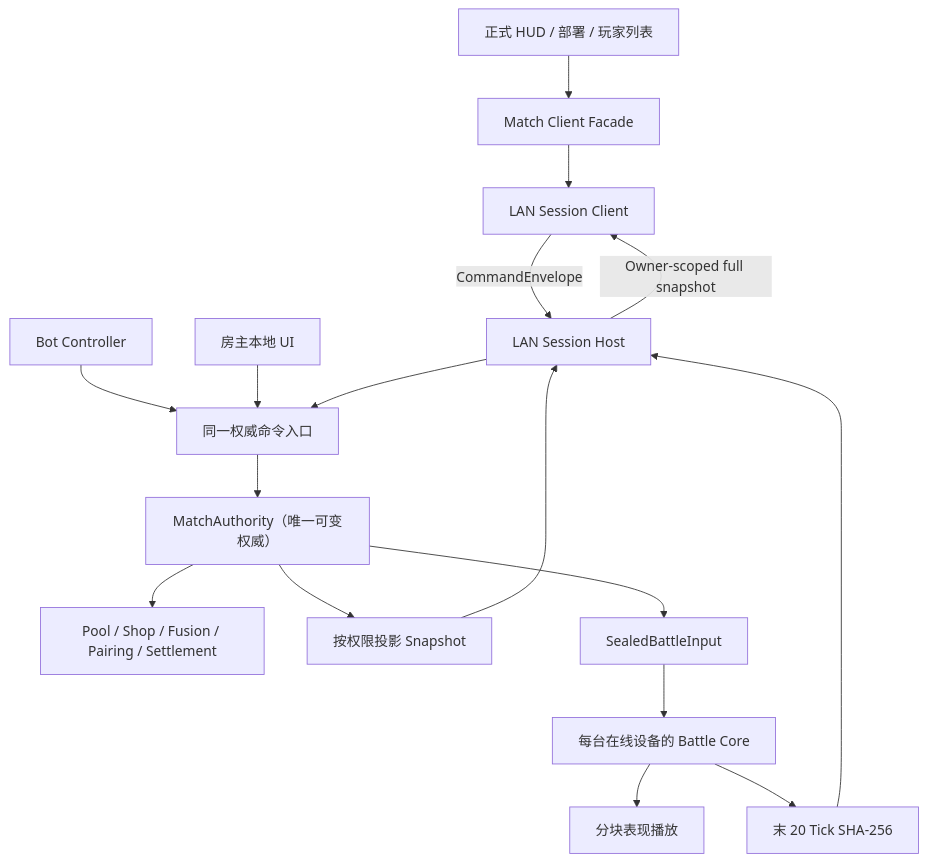
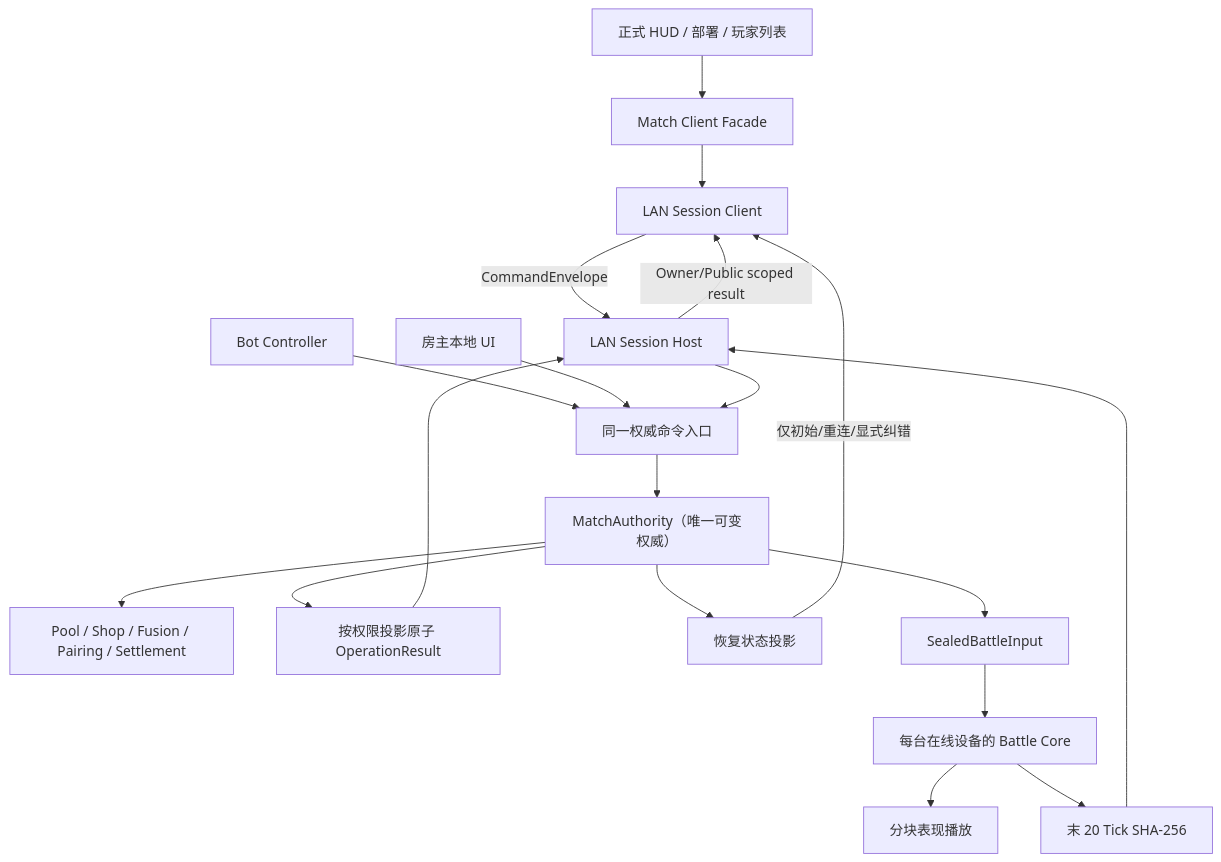
One commit to txym/ARKnoNIGHTS_beta changed the diagram in docs/LAN-MATCH-IMPLEMENTATION-PLAN.md. Above: the diagram before and after it, drawn with Mermaid. The commit also changed other lines of this file and 189 other files, not shown here.

Commit message:
feat: complete elite combat and LAN battle flow

````diff
--- a/docs/LAN-MATCH-IMPLEMENTATION-PLAN.md
+++ b/docs/LAN-MATCH-IMPLEMENTATION-PLAN.md
@@ -46,19 +47,21 @@
 ```mermaid
 flowchart TD
     UI["正式 HUD / 部署 / 玩家列表"] --> ClientFacade["Match Client Facade"]
     Bot["Bot Controller"] --> AuthorityCommands["同一权威命令入口"]
     ClientFacade --> SessionClient["LAN Session Client"]
     SessionClient -->|"CommandEnvelope"| SessionHost["LAN Session Host"]
     LocalHostUI["房主本地 UI"] --> AuthorityCommands
     SessionHost --> AuthorityCommands
     AuthorityCommands --> Authority["MatchAuthority（唯一可变权威）"]
     Authority --> Domain["Pool / Shop / Fusion / Pairing / Settlement"]
-    Authority --> SnapshotProjector["按权限投影 Snapshot"]
-    SnapshotProjector --> SessionHost
-    SessionHost -->|"Owner-scoped full snapshot"| SessionClient
+    Authority --> ResultProjector["按权限投影原子 OperationResult"]
+    ResultProjector --> SessionHost
+    SessionHost -->|"Owner/Public scoped result"| SessionClient
+    Authority --> RecoveryProjector["恢复状态投影"]
+    RecoveryProjector -->|"仅初始/重连/显式纠错"| SessionClient
     Authority --> BattleSeal["SealedBattleInput"]
     BattleSeal --> BattleCore["每台在线设备的 Battle Core"]
     BattleCore --> Playback["分块表现播放"]
     BattleCore --> Hash["末 20 Tick SHA-256"]
     Hash --> SessionHost
 ```
````
